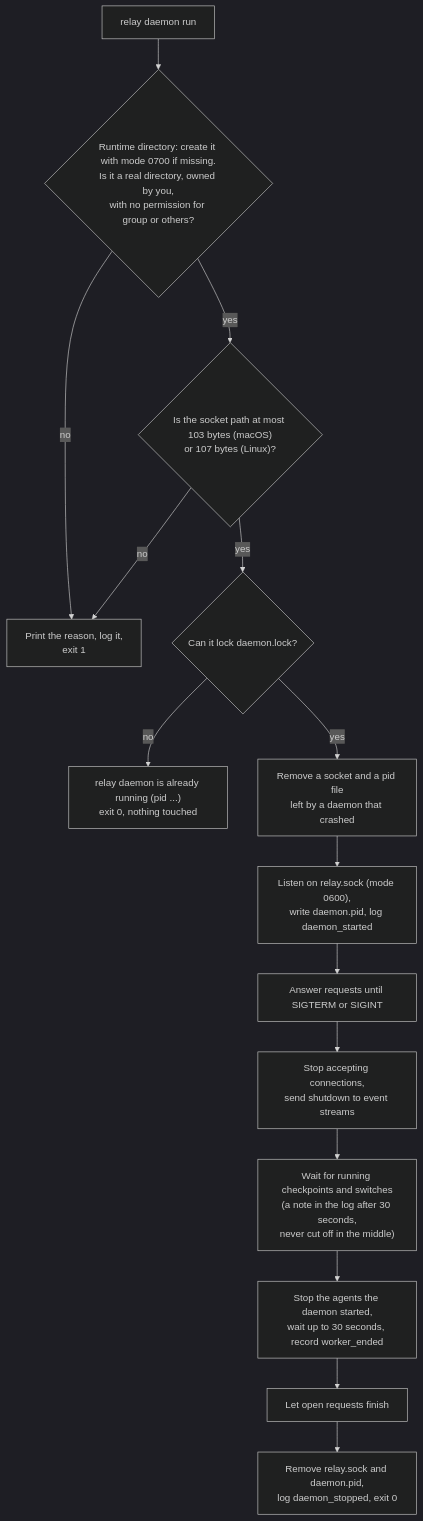
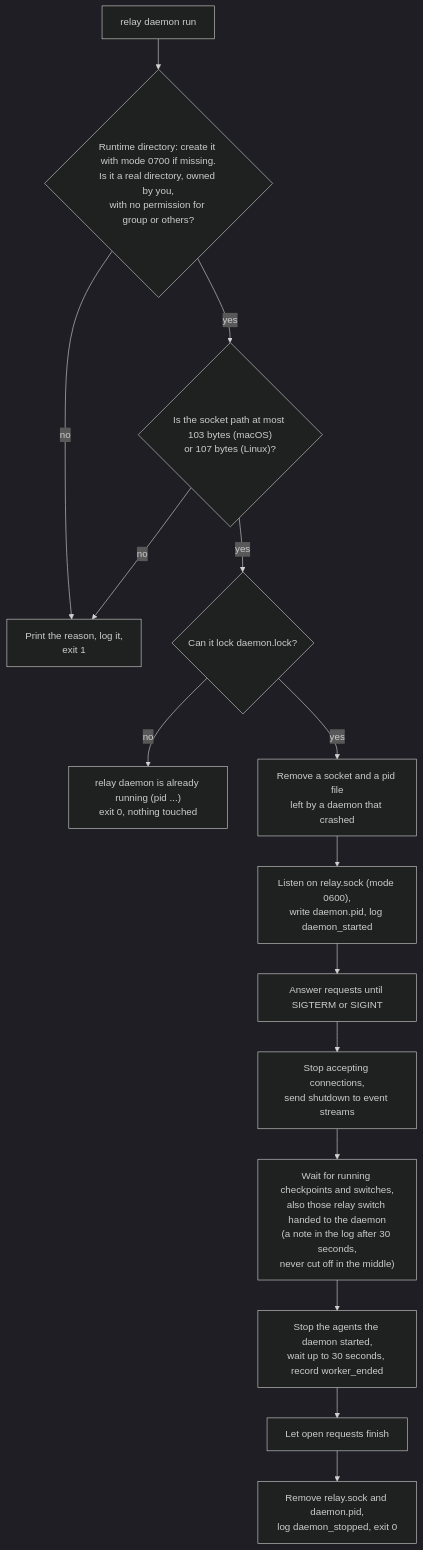
Before and after one commit to FrejusGdm/relay: the first of 6 diagrams in docs/daemon.md, drawn with Mermaid (dark theme). The commit also changed 6 other files, not shown here.

First line of the commit message:
fix: recovery, project checks and shutdown for daemon switches

````diff
--- a/docs/daemon.md
+++ b/docs/daemon.md
@@ -115,17 +115,17 @@
 ```mermaid
 flowchart TD
   run["relay daemon run"] --> dir{"Runtime directory: create it with mode 0700 if missing.<br/>Is it a real directory, owned by you,<br/>with no permission for group or others?"}
   dir -- no --> refuse["Print the reason, log it,<br/>exit 1"]
   dir -- yes --> length{"Is the socket path at most 103 bytes (macOS)<br/>or 107 bytes (Linux)?"}
   length -- no --> refuse
   length -- yes --> lock{"Can it lock daemon.lock?"}
   lock -- no --> already["relay daemon is already running (pid ...)<br/>exit 0, nothing touched"]
   lock -- yes --> stale["Remove a socket and a pid file<br/>left by a daemon that crashed"]
   stale --> listen["Listen on relay.sock (mode 0600),<br/>write daemon.pid, log daemon_started"]
   listen --> wait["Answer requests until SIGTERM or SIGINT"]
   wait --> stopping["Stop accepting connections,<br/>send shutdown to event streams"]
-  stopping --> operations["Wait for running checkpoints and switches<br/>(a note in the log after 30 seconds,<br/>never cut off in the middle)"]
+  stopping --> operations["Wait for running checkpoints and switches,<br/>also those relay switch handed to the daemon<br/>(a note in the log after 30 seconds,<br/>never cut off in the middle)"]
   operations --> agents["Stop the agents the daemon started,<br/>wait up to 30 seconds, record worker_ended"]
   agents --> requests["Let open requests finish"]
   requests --> clean["Remove relay.sock and daemon.pid,<br/>log daemon_stopped, exit 0"]
 ```
````
